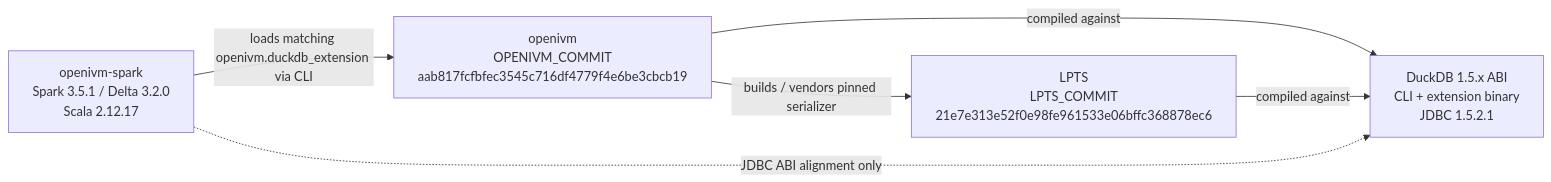
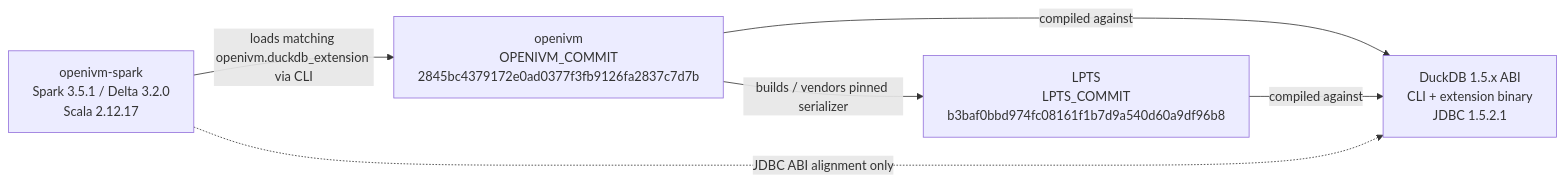
One commit to mdrakiburrahman/openivm-spark changed the fourth of 4 diagrams in docs/architecture/lpts/8-integration-with-openivm-and-spark.md. Above: the diagram before and after it, drawn with Mermaid. The commit also changed other lines of this file and 9 other files, not shown here.

````diff
--- a/docs/architecture/lpts/8-integration-with-openivm-and-spark.md
+++ b/docs/architecture/lpts/8-integration-with-openivm-and-spark.md
@@ -525,13 +525,13 @@
 ```mermaid
 flowchart LR
   OSS["openivm-spark\nSpark 3.5.1 / Delta 3.2.0\nScala 2.12.17"]
-  OIVM["openivm\nOPENIVM_COMMIT\naab817fcfbfec3545c716df4779f4e6be3cbcb19"]
-  LPTS["LPTS\nLPTS_COMMIT\n21e7e313e52f0e98fe961533e06bffc368878ec6"]
+  OIVM["openivm\nOPENIVM_COMMIT\n2845bc4379172e0ad0377f3fb9126fa2837c7d7b"]
+  LPTS["LPTS\nLPTS_COMMIT\nb3baf0bbd974fc08161f1b7d9a540d60a9df96b8"]
   Duck["DuckDB 1.5.x ABI\nCLI + extension binary\nJDBC 1.5.2.1"]
 
   OSS -->|"loads matching openivm.duckdb_extension via CLI"| OIVM
   OIVM -->|"builds / vendors pinned serializer"| LPTS
   OIVM -->|"compiled against"| Duck
   LPTS -->|"compiled against"| Duck
   OSS -.->|"JDBC ABI alignment only"| Duck
 ```
````
